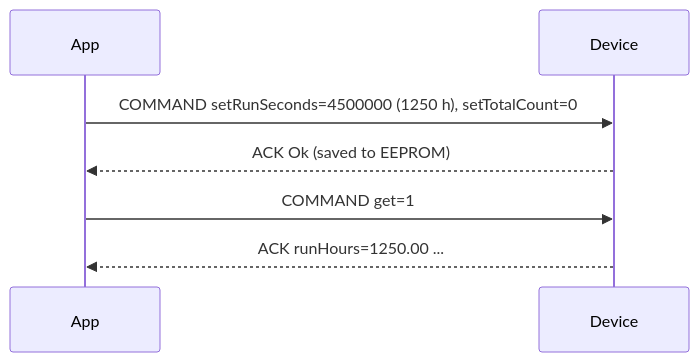
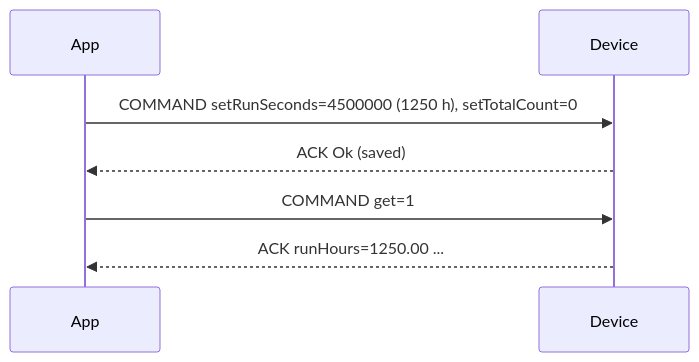
One commit to ilomon10/embedded-totalizer-hour-meter changed the second of 5 diagrams in esp32/docs/INTEGRATION-GUIDE.md. Above: the diagram before and after it, drawn with Mermaid. The commit also changed other lines of this file and 30 other files, not shown here.

````diff
--- a/esp32/docs/INTEGRATION-GUIDE.md
+++ b/esp32/docs/INTEGRATION-GUIDE.md
@@ -558,9 +559,9 @@
 ```mermaid
 sequenceDiagram
     participant App
     participant Device
     App->>Device: COMMAND setRunSeconds=4500000 (1250 h), setTotalCount=0
-    Device-->>App: ACK Ok (saved to EEPROM)
+    Device-->>App: ACK Ok (saved)
     App->>Device: COMMAND get=1
     Device-->>App: ACK runHours=1250.00 ...
 ```
````
